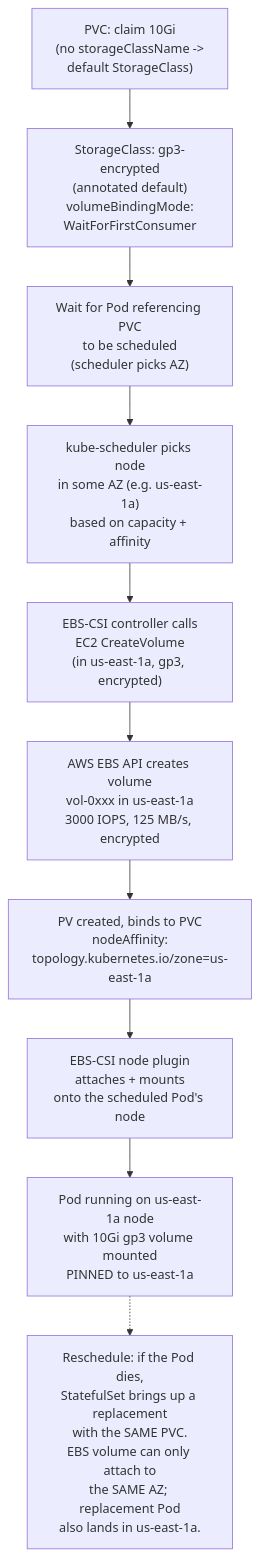
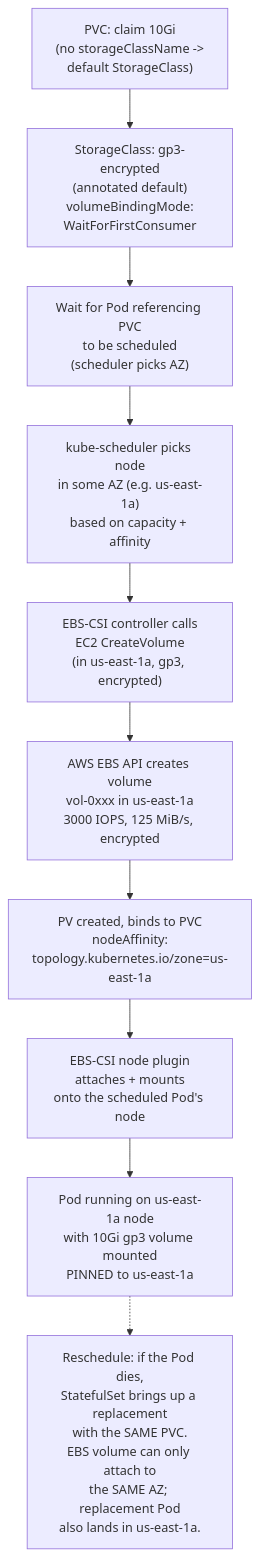
One commit to abd-ulbasit/bookstore-kubernetes-guide changed the diagram in full-guide/14-eks-in-production-a-to-z/04-storage-classes-and-ebs.md. Above: the diagram before and after it, drawn with Mermaid. The commit also changed other lines of this file and 1 other file, not shown here.

First line of the commit message:
storage: EBS encryption with a customer-managed key, Retain by default

````diff
--- a/full-guide/14-eks-in-production-a-to-z/04-storage-classes-and-ebs.md
+++ b/full-guide/14-eks-in-production-a-to-z/04-storage-classes-and-ebs.md
@@ -211,17 +230,17 @@
 ```mermaid
 flowchart TB
     pvc["PVC: claim 10Gi<br/>(no storageClassName -><br/>default StorageClass)"]
     sc["StorageClass: gp3-encrypted<br/>(annotated default)<br/>volumeBindingMode:<br/>WaitForFirstConsumer"]
     wait["Wait for Pod referencing PVC<br/>to be scheduled<br/>(scheduler picks AZ)"]
     sched["kube-scheduler picks node<br/>in some AZ (e.g. us-east-1a)<br/>based on capacity + affinity"]
     csi["EBS-CSI controller calls<br/>EC2 CreateVolume<br/>(in us-east-1a, gp3, encrypted)"]
-    aws["AWS EBS API creates volume<br/>vol-0xxx in us-east-1a<br/>3000 IOPS, 125 MB/s, encrypted"]
+    aws["AWS EBS API creates volume<br/>vol-0xxx in us-east-1a<br/>3000 IOPS, 125 MiB/s, encrypted"]
     pv["PV created, binds to PVC<br/>nodeAffinity:<br/>topology.kubernetes.io/zone=us-east-1a"]
     attach["EBS-CSI node plugin<br/>attaches + mounts<br/>onto the scheduled Pod's node"]
     pod["Pod running on us-east-1a node<br/>with 10Gi gp3 volume mounted<br/>PINNED to us-east-1a"]
 
     pvc --> sc --> wait --> sched --> csi --> aws --> pv --> attach --> pod
 
     note["Reschedule: if the Pod dies,<br/>StatefulSet brings up a replacement<br/>with the SAME PVC.<br/>EBS volume can only attach to<br/>the SAME AZ; replacement Pod<br/>also lands in us-east-1a."]
     pod -.-> note
 ```
````
